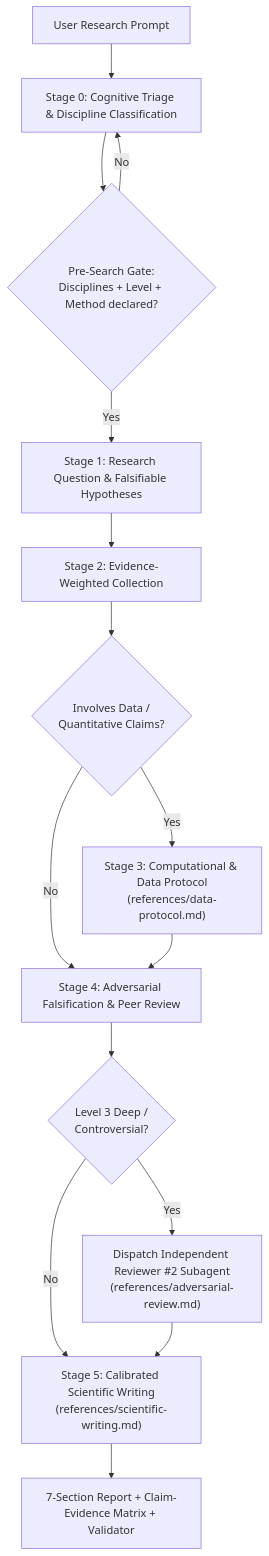
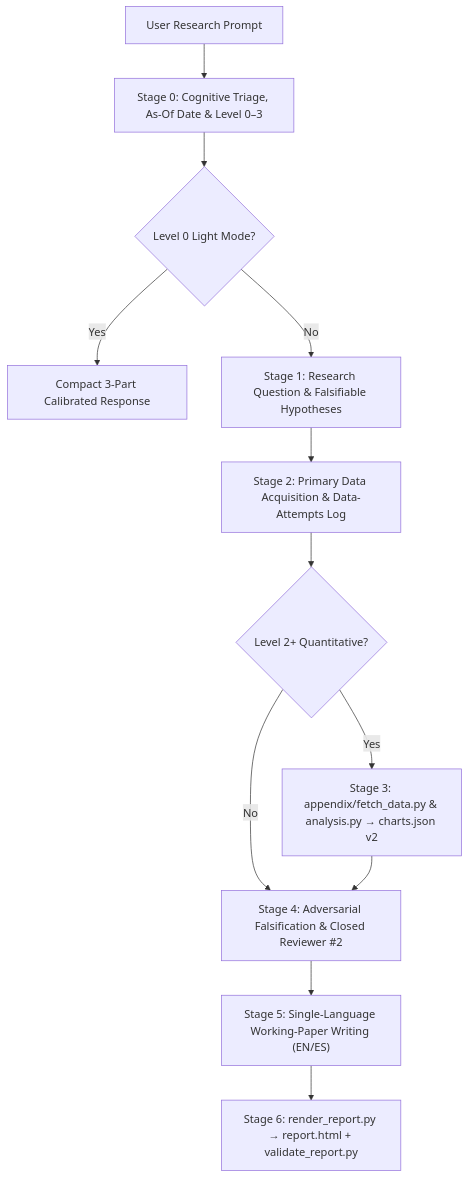
The diagram in README.md (777aeterna/heurisma), drawn with Mermaid before and after one commit. The commit also changed other lines of this file and 22 other files, not shown here.

Commit message:
feat(release): upgrade heurisma to v0.3.0 (Paper-Grade HTML, SVG engine & strict validator)

````diff
--- a/README.md
+++ b/README.md
@@ -44,17 +45,14 @@
 ```mermaid
 flowchart TD
-    U["User Research Prompt"] --> S0["Stage 0: Cognitive Triage & Discipline Classification"]
-    S0 --> G0{"Pre-Search Gate:<br/>Disciplines + Level + Method declared?"}
-    G0 -- No --> S0
-    G0 -- Yes --> S1["Stage 1: Research Question & Falsifiable Hypotheses"]
-    S1 --> S2["Stage 2: Evidence-Weighted Collection"]
-    S2 --> D{"Involves Data /<br/>Quantitative Claims?"}
-    D -- Yes --> S3["Stage 3: Computational & Data Protocol<br/>(references/data-protocol.md)"]
-    D -- No --> S4["Stage 4: Adversarial Falsification & Peer Review"]
+    U["User Research Prompt"] --> S0["Stage 0: Cognitive Triage, As-Of Date & Level 0–3"]
+    S0 --> L0{"Level 0 Light Mode?"}
+    L0 -- Yes --> FAST["Compact 3-Part Calibrated Response"]
+    L0 -- No --> S1["Stage 1: Research Question & Falsifiable Hypotheses"]
+    S1 --> S2["Stage 2: Primary Data Acquisition & Data-Attempts Log"]
+    S2 --> D{"Level 2+ Quantitative?"}
+    D -- Yes --> S3["Stage 3: appendix/fetch_data.py & analysis.py → charts.json v2"]
+    D -- No --> S4["Stage 4: Adversarial Falsification & Closed Reviewer #2"]
     S3 --> S4
-    S4 --> L3{"Level 3 Deep /<br/>Controversial?"}
-    L3 -- Yes --> R2["Dispatch Independent Reviewer #2 Subagent<br/>(references/adversarial-review.md)"]
-    L3 -- No --> S5["Stage 5: Calibrated Scientific Writing<br/>(references/scientific-writing.md)"]
-    R2 --> S5
-    S5 --> OUT["7-Section Report + Claim-Evidence Matrix + Validator"]
+    S4 --> S5["Stage 5: Single-Language Working-Paper Writing (EN/ES)"]
+    S5 --> S6["Stage 6: render_report.py → report.html + validate_report.py"]
 ```
````
